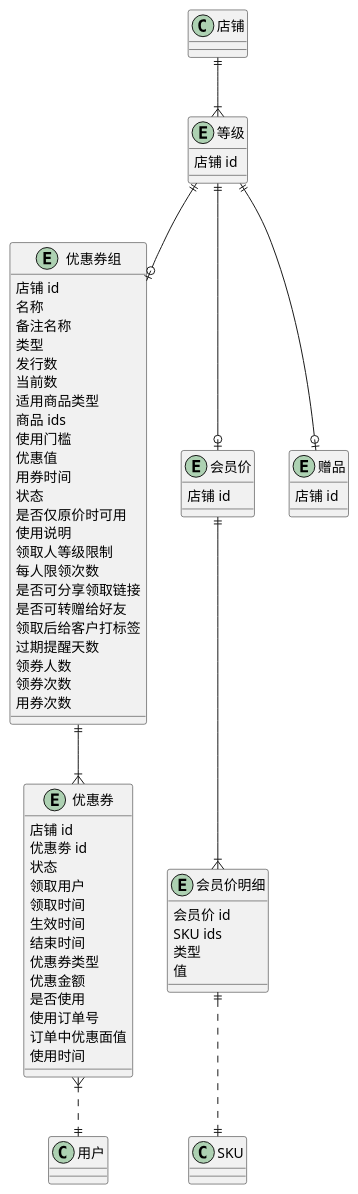
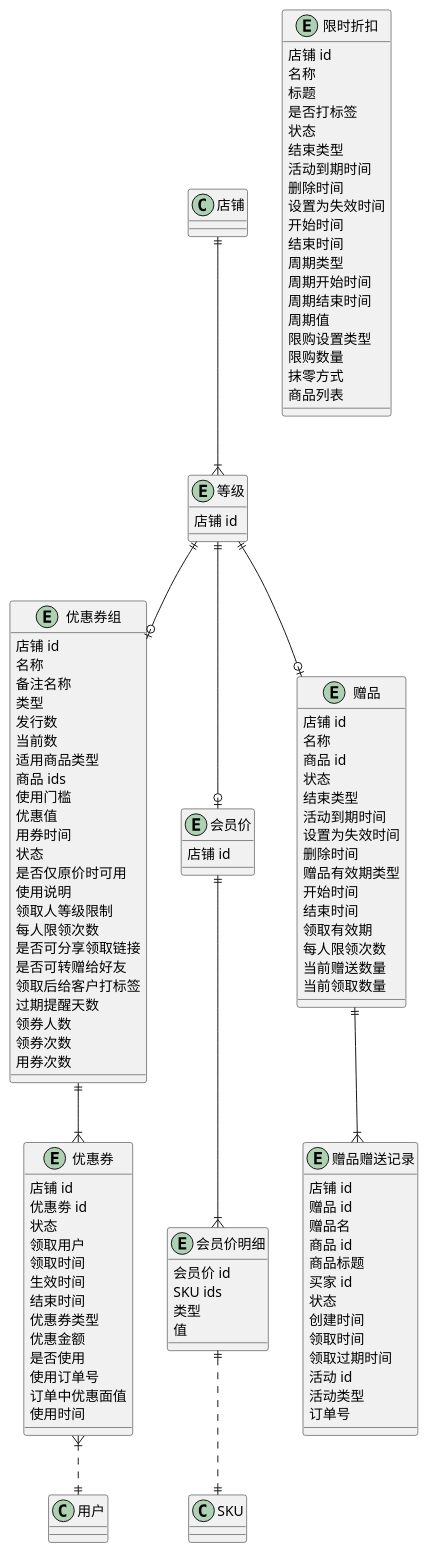
The diagram in 营销.wsd (awesomecat2020/mock-mall), drawn with PlantUML before and after one commit. The commit also changed 1 other file, not shown here.

Commit message:
赠品、限时折扣

```diff
--- a/营销.wsd
+++ b/营销.wsd
@@ -96,12 +96,101 @@
 }
 entity 赠品 {
     店铺 id
+    名称
+    商品 id
+    ' 1-未开始
+    ' 2-进行中
+    ' 3-已结束
+    ' 4-已删除
+    状态
+    ' 1-活动到期
+    ' 2-手动删除
+    ' 3-手动失效
+    结束类型
+    活动到期时间
+    设置为失效时间
+    删除时间
+    ' 长期/区间
+    赠品有效期类型
+    开始时间
+    结束时间
+    领取有效期
+    ' -1：不限次数
+    每人限领次数
+    ' 已发放
+    当前赠送数量
+    ' 已兑换
+    当前领取数量
+}
+entity 赠品赠送记录 {
+    店铺 id
+    赠品 id
+    赠品名
+    商品 id
+    商品标题
+    买家 id
+    ' 1-待领取
+    ' 2-已领取
+    ' 3-已过期
+    状态
+    ' 赠送时间（发放时间）
+    创建时间
+    领取时间
+    领取过期时间
+    活动 id
+    ' 1-满减/送活动
+    ' 2-刮刮卡活动
+    ' ......
+    活动类型
+    订单号
+}
+entity 限时折扣 {
+    店铺 id
+    名称
+    标题
+    是否打标签
+    ' 1-未开始
+    ' 2-进行中
+    ' 3-已结束
+    ' 4-已删除
+    状态
+    ' 1-活动到期
+    ' 2-手动删除
+    ' 3-手动失效
+    结束类型
+    活动到期时间
+    删除时间
+    设置为失效时间
+    开始时间
+    结束时间
+    周期类型
+    周期开始时间
+    周期结束时间
+    ' 每月几号/每周
+    周期值
+    ' 0-不限购
+    ' 1-每人每种商品限购件数
+    ' 2-每种商品前件数享受折扣
+    限购设置类型
+    限购数量
+    ' 1-不抹零
+    ' 2-抹去角和分
+    ' 3-抹去分
+    抹零方式
+    ' {
+    '   商品 id：,
+    '   打折方式：打折/减价/促销价,
+    '   值
+    ' }
+    商品列表
 }
 
 店铺 ||--|{ 等级
 等级 ||--o| 赠品
 等级 ||--o| 优惠券组
 等级 ||--o| 会员价
+
+赠品 ||--|{ 赠品赠送记录
 
 优惠券组 ||--|{ 优惠券
 优惠券 }|..|| 用户
```
